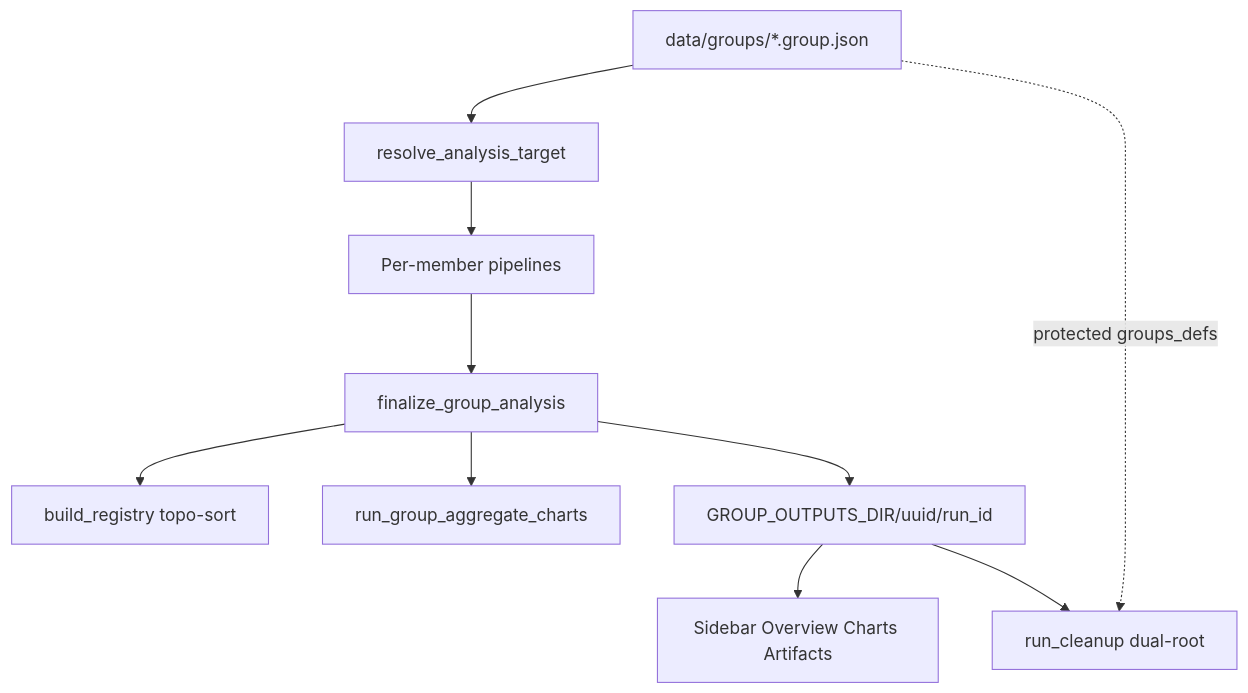
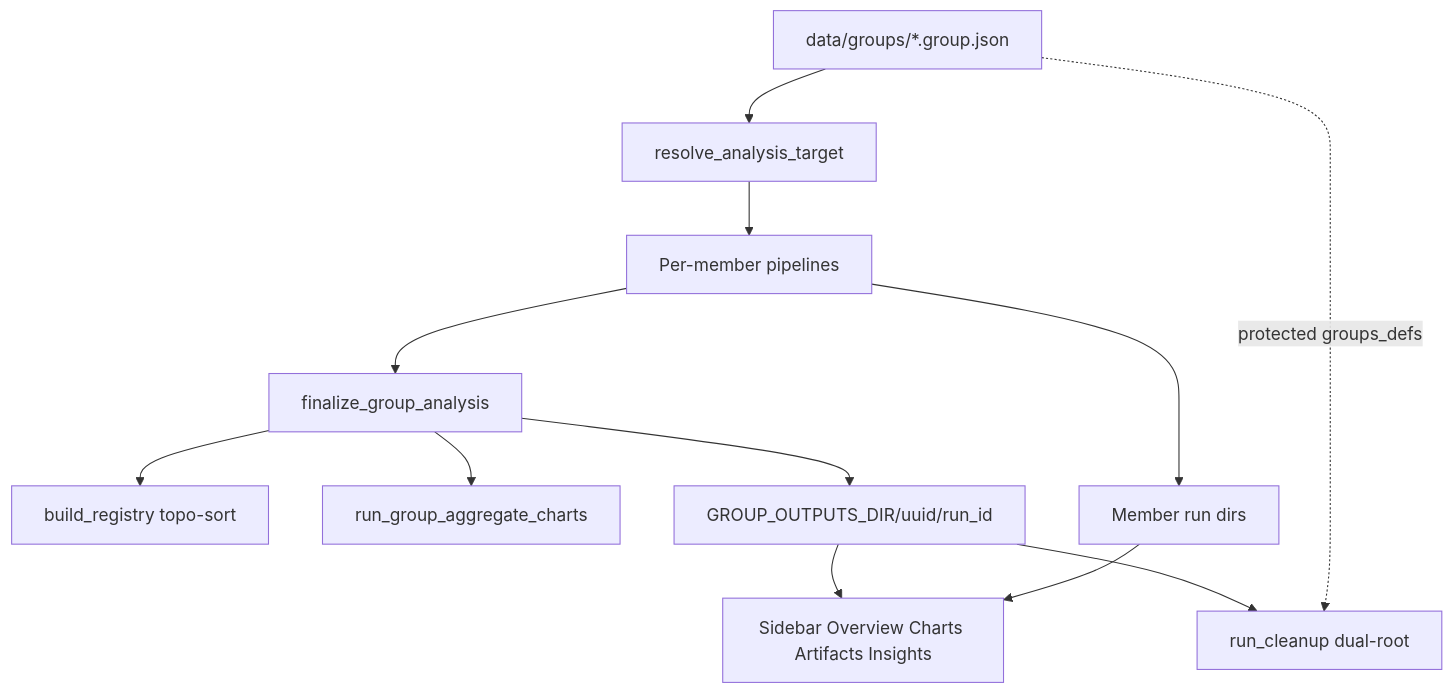
The diagram in docs/dev/group_functionality_audit_2026-07-17.md (glen-w/TranscriptX), drawn with Mermaid before and after one commit. The commit also changed other lines of this file and 21 other files, not shown here.

First line of the commit message:
Release 0.5.2: group-aware Insights for member module outputs.

````diff
--- a/docs/dev/group_functionality_audit_2026-07-17.md
+++ b/docs/dev/group_functionality_audit_2026-07-17.md
@@ -35,12 +38,14 @@
 ```mermaid
 flowchart TD
   Manifest[data/groups/*.group.json] --> Resolve[resolve_analysis_target]
   Resolve --> MemberRuns[Per-member pipelines]
   MemberRuns --> Finalize[finalize_group_analysis]
   Finalize --> AggReg[build_registry topo-sort]
   Finalize --> ChartReg[run_group_aggregate_charts]
   Finalize --> Artifacts[GROUP_OUTPUTS_DIR/uuid/run_id]
-  Artifacts --> Web[Sidebar Overview Charts Artifacts]
+  Artifacts --> Web[Sidebar Overview Charts Artifacts Insights]
+  MemberRuns --> MemberArts[Member run dirs]
+  MemberArts --> Web
   Artifacts --> Cleanup[run_cleanup dual-root]
   Manifest -.->|protected groups_defs| Cleanup
 ```
````
